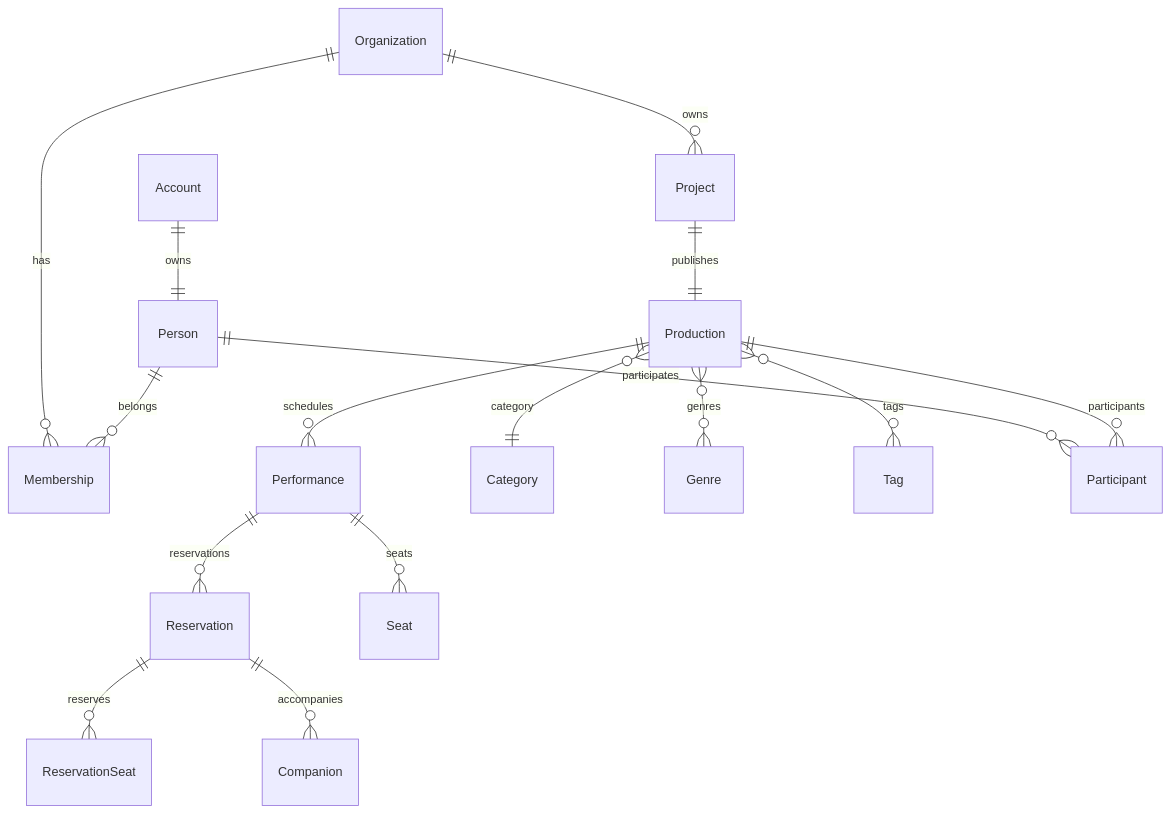
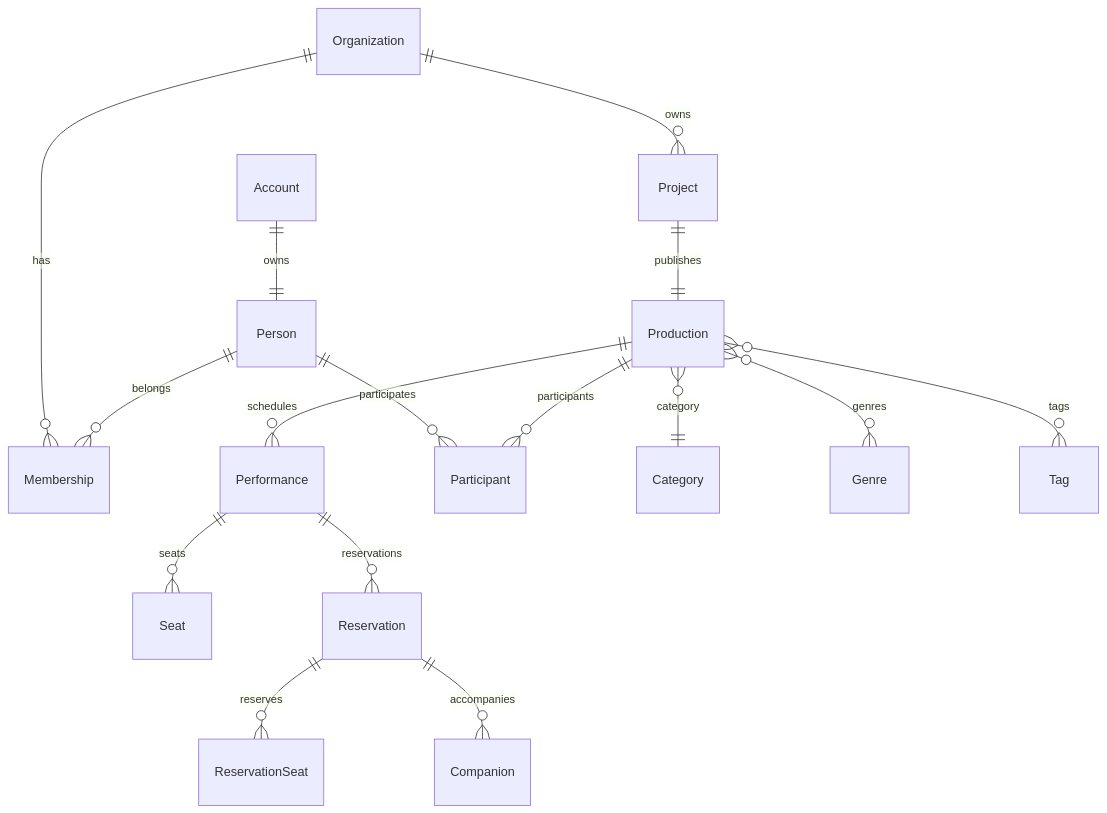
The diagram in docs/05-ERDiagram/LogicalER.md (nisehatakiti/StageArt), drawn with Mermaid before and after one commit. The commit also changed other lines of this file, not shown here.

First line of the commit message:
Update Logical ER Diagram and documentation

````diff
--- a/docs/05-ERDiagram/LogicalER.md
+++ b/docs/05-ERDiagram/LogicalER.md
@@ -4,30 +14,29 @@
 ```mermaid
 erDiagram
 
     Account ||--|| Person : owns
 
     Person ||--o{ Membership : belongs
     Organization ||--o{ Membership : has
 
     Organization ||--o{ Project : owns
 
     Project ||--|| Production : publishes
 
     Production ||--o{ Performance : schedules
+    Production ||--o{ Participant : participants
 
     Production }o--|| Category : category
     Production }o--o{ Genre : genres
     Production }o--o{ Tag : tags
 
-    Production ||--o{ Participant : participants
+    Performance ||--o{ Seat : seats
 
     Performance ||--o{ Reservation : reservations
-
-    Performance ||--o{ Seat : seats
 
     Reservation ||--o{ ReservationSeat : reserves
     Reservation ||--o{ Companion : accompanies
 
     Person ||--o{ Participant : participates
 
 ```
````
